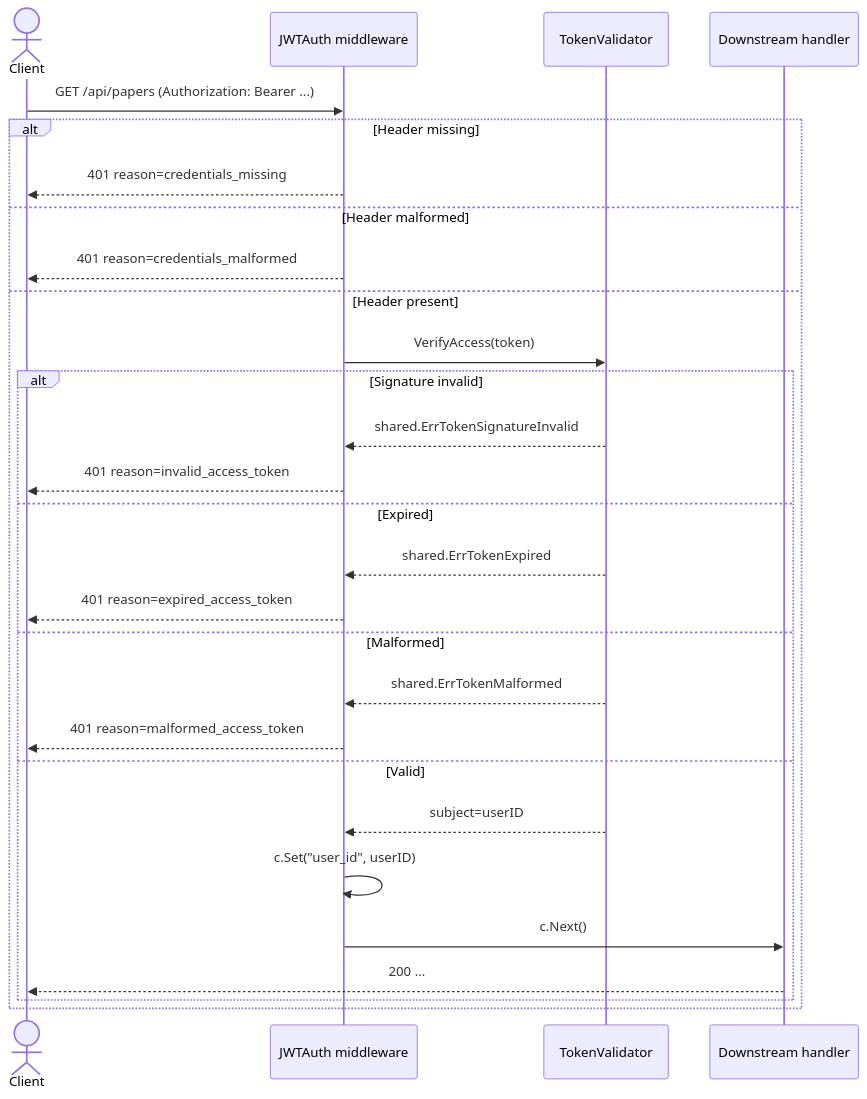
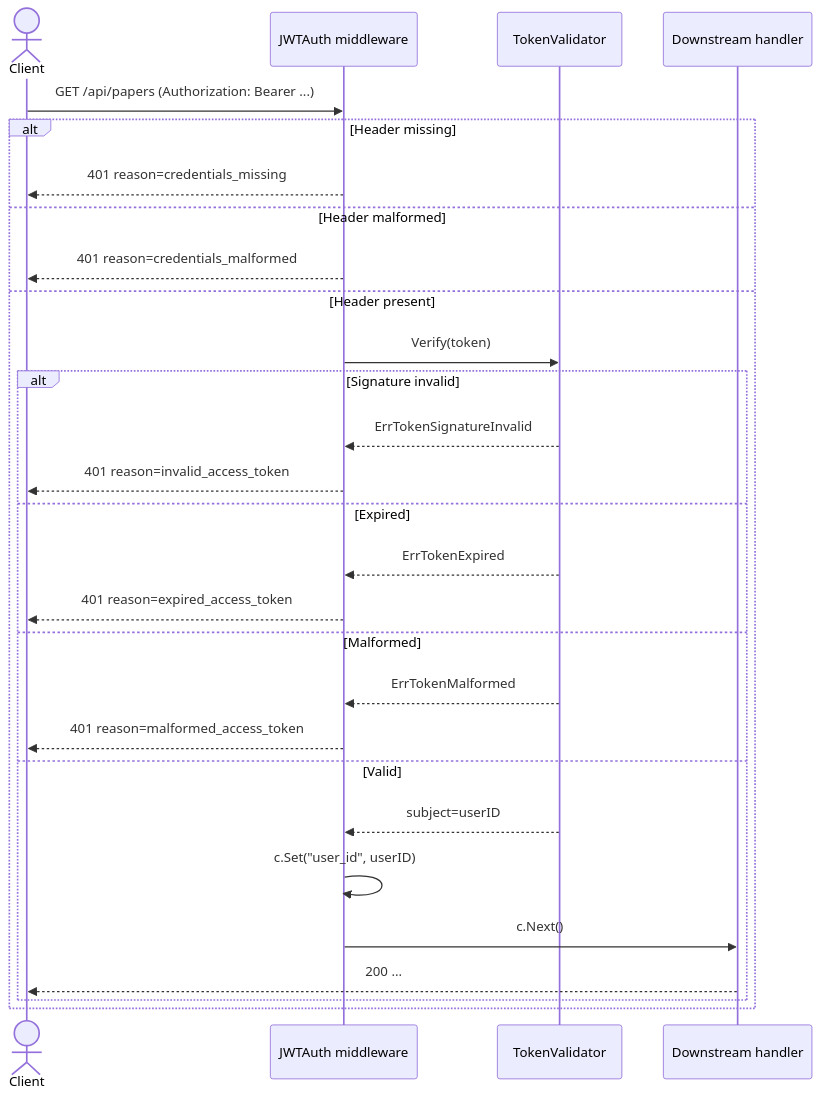
One commit to yoavweber/research-monitor changed the third of 4 diagrams in .kiro/specs/user-auth/design.md. Above: the diagram before and after it, drawn with Mermaid. The commit also changed other lines of this file and 7 other files, not shown here.

````diff
--- a/.kiro/specs/user-auth/design.md
+++ b/.kiro/specs/user-auth/design.md
@@ -314,31 +255,31 @@
 ```mermaid
 sequenceDiagram
     actor Client
     participant Mw as JWTAuth middleware
     participant Validator as TokenValidator
     participant Handler as Downstream handler
 
     Client->>Mw: GET /api/papers (Authorization: Bearer ...)
     alt Header missing
         Mw-->>Client: 401 reason=credentials_missing
     else Header malformed
         Mw-->>Client: 401 reason=credentials_malformed
     else Header present
-        Mw->>Validator: VerifyAccess(token)
+        Mw->>Validator: Verify(token)
         alt Signature invalid
-            Validator-->>Mw: shared.ErrTokenSignatureInvalid
+            Validator-->>Mw: ErrTokenSignatureInvalid
             Mw-->>Client: 401 reason=invalid_access_token
         else Expired
-            Validator-->>Mw: shared.ErrTokenExpired
+            Validator-->>Mw: ErrTokenExpired
             Mw-->>Client: 401 reason=expired_access_token
         else Malformed
-            Validator-->>Mw: shared.ErrTokenMalformed
+            Validator-->>Mw: ErrTokenMalformed
             Mw-->>Client: 401 reason=malformed_access_token
         else Valid
             Validator-->>Mw: subject=userID
             Mw->>Mw: c.Set("user_id", userID)
             Mw->>Handler: c.Next()
             Handler-->>Client: 200 ...
         end
     end
 ```
````
